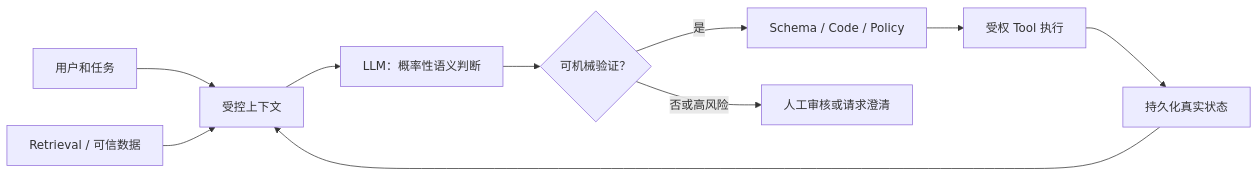
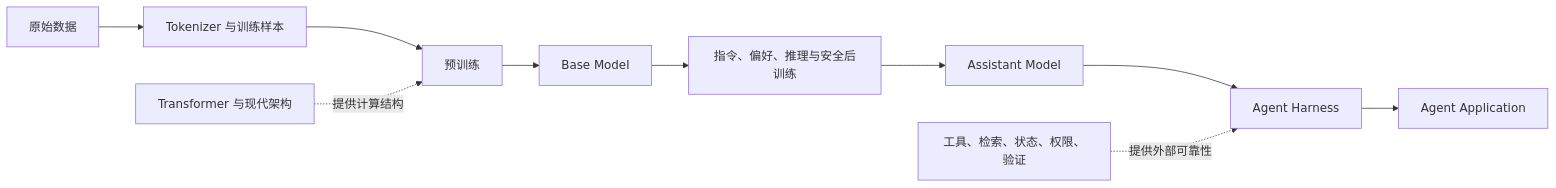
The diagram in llm-basic/00-overview.md (nowhere-man/agents-from-scratch), drawn with Mermaid before and after one commit. The commit also changed other lines of this file and 19 other files, not shown here.

````diff
--- a/llm-basic/00-overview.md
+++ b/llm-basic/00-overview.md
@@ -41,12 +35,13 @@
 ```mermaid
 flowchart LR
-    U["用户和任务"] --> C["受控上下文"]
-    R["Retrieval / 可信数据"] --> C
-    C --> M["LLM：概率性语义判断"]
-    M --> V{"可机械验证？"}
-    V -->|"是"| K["Schema / Code / Policy"]
-    V -->|"否或高风险"| H["人工审核或请求澄清"]
-    K --> T["受权 Tool 执行"]
-    T --> S["持久化真实状态"]
-    S --> C
+    A["原始数据"] --> B["Tokenizer 与训练样本"]
+    B --> C["预训练"]
+    C --> D["Base Model"]
+    D --> E["指令、偏好、推理与安全后训练"]
+    E --> F["Assistant Model"]
+    F --> G["Agent Harness"]
+    G --> H["Agent Application"]
+
+    T["Transformer 与现代架构"] -.提供计算结构.-> C
+    R["工具、检索、状态、权限、验证"] -.提供外部可靠性.-> G
 ```
````
